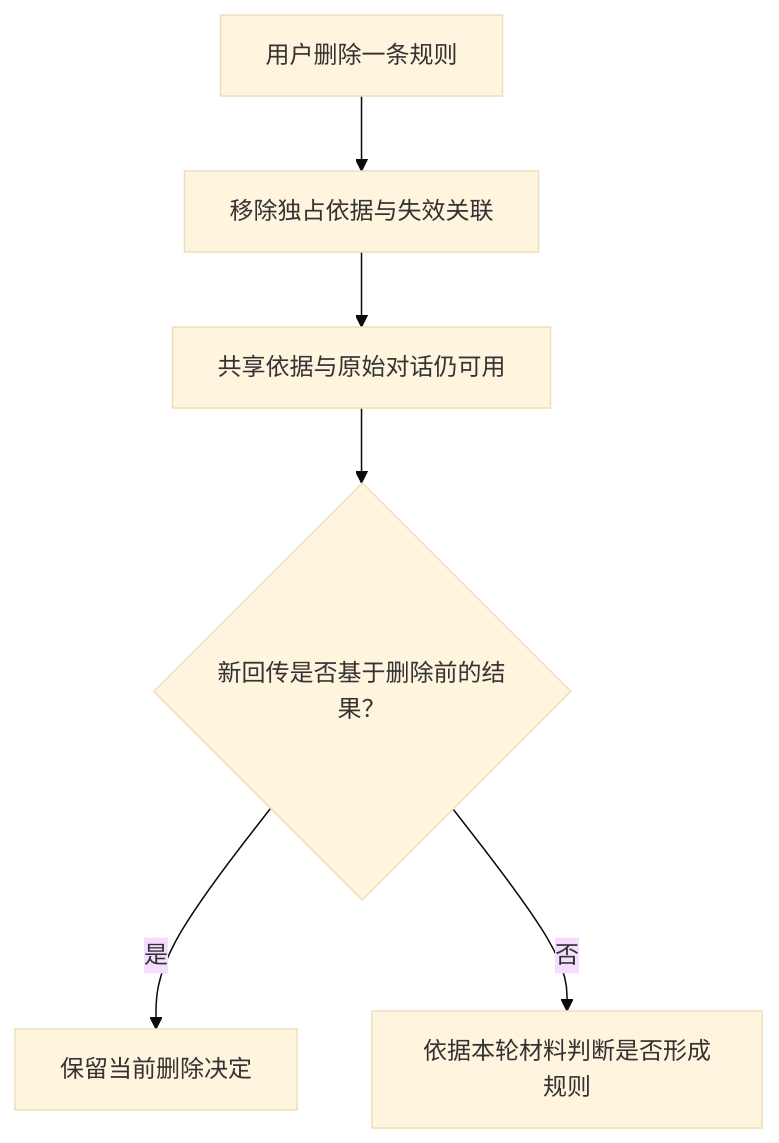
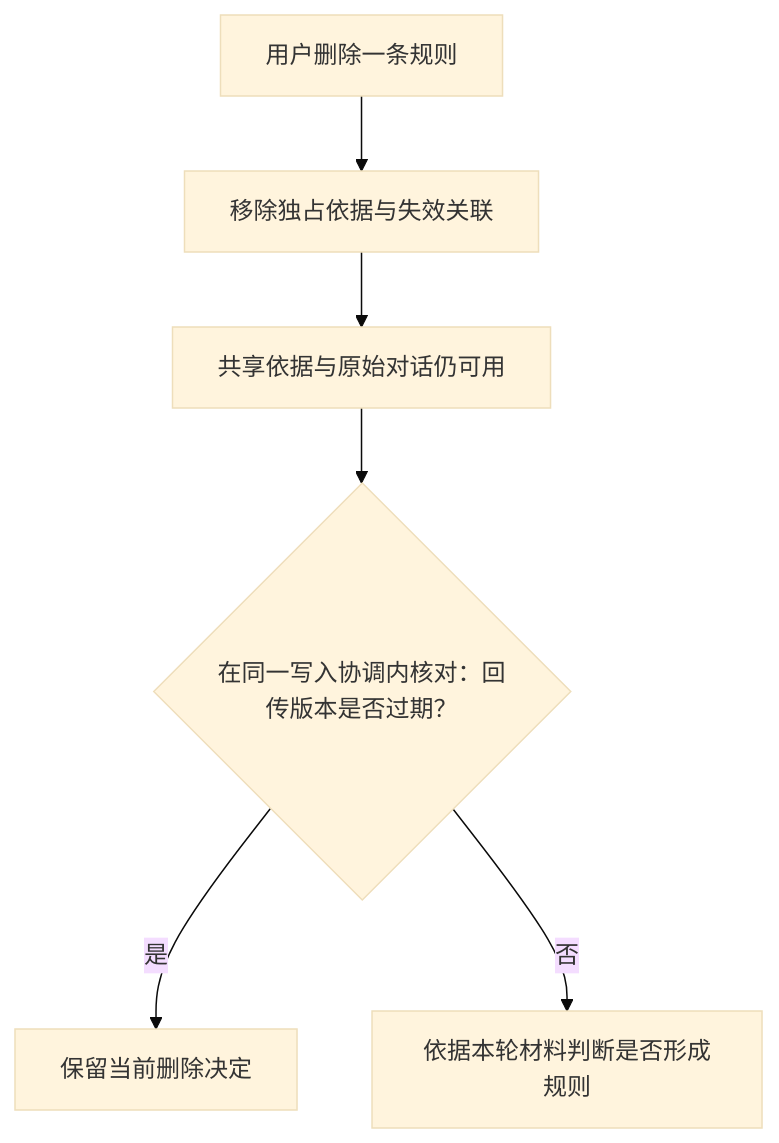
One commit to Ena-Heleneto/agent-foundry changed the third of 4 diagrams in specs/skills/002-conversation-to-skill/diagrams.md. Above: the diagram before and after it, drawn with Mermaid (base theme). The commit also changed other lines of this file and 45 other files, not shown here.

````diff
--- a/specs/skills/002-conversation-to-skill/diagrams.md
+++ b/specs/skills/002-conversation-to-skill/diagrams.md
@@ -43,8 +43,8 @@
 ```mermaid
 flowchart TD
     A["用户删除一条规则"] --> B["移除独占依据与失效关联"]
     B --> C["共享依据与原始对话仍可用"]
-    C --> D{"新回传是否基于删除前的结果？"}
+    C --> D{"在同一写入协调内核对：回传版本是否过期？"}
     D -->|是| E["保留当前删除决定"]
     D -->|否| F["依据本轮材料判断是否形成规则"]
 ```
````
